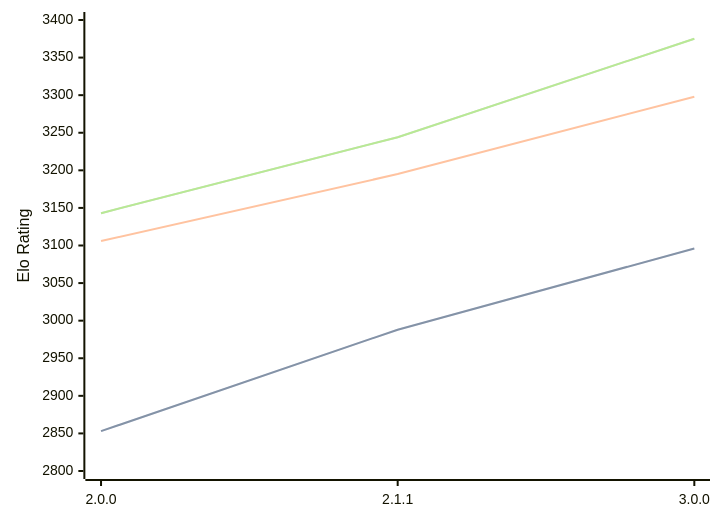
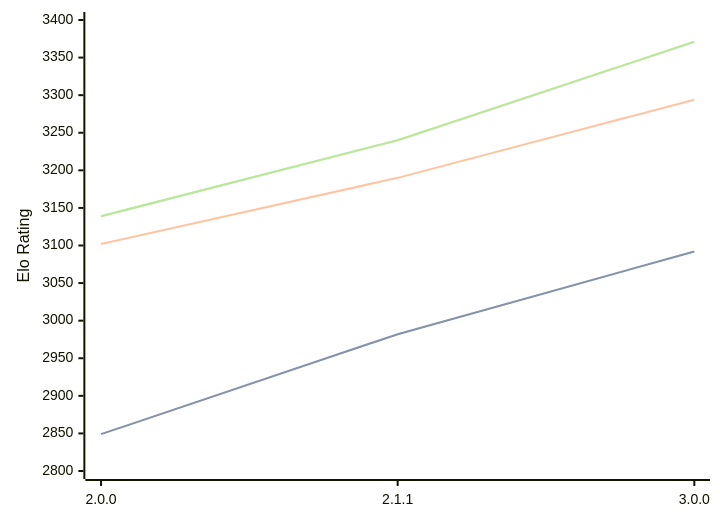
One commit to computer-chess-index/cci changed the third of 3 diagrams in engines/Bread.md. Above: the diagram before and after it, drawn with Mermaid. The commit also changed other lines of this file, not shown here.

Commit message:
Update CCI Ratings (ELO VLTC) - 2026-07-16

````diff
--- a/engines/Bread.md
+++ b/engines/Bread.md
@@ -86,11 +86,11 @@
 ```mermaid
 %%{init: {"theme":"base","themeVariables":{"seriesColors:['#a3a3a3','#222221','#faa371']}}}%%
 xychart-beta
   x-axis ["2.0.0", "2.1.1", "3.0.0"]
   y-axis "Elo Rating" 2800 --> 3400
-  line "STC (8.0+0.08s)" [2853, 2988, 3096]
-  line "STC (8.0+0.08s)" [2853, 2988, 3096]
-  line "LTC (60.0+0.60s)" [3106, 3195, 3298]
-  line "VLTC (2m24s+1.12s)" [3143, 3244, 3375]
-  line "VLTC (2m24s+1.12s)" [3143, 3244, 3375]
+  line "STC (8.0+0.08s)" [2849, 2982, 3092]
+  line "STC (8.0+0.08s)" [2849, 2982, 3092]
+  line "LTC (60.0+0.60s)" [3102, 3190, 3294]
+  line "VLTC (2m24s+1.12s)" [3139, 3240, 3371]
+  line "VLTC (2m24s+1.12s)" [3139, 3240, 3371]
 ```
````
